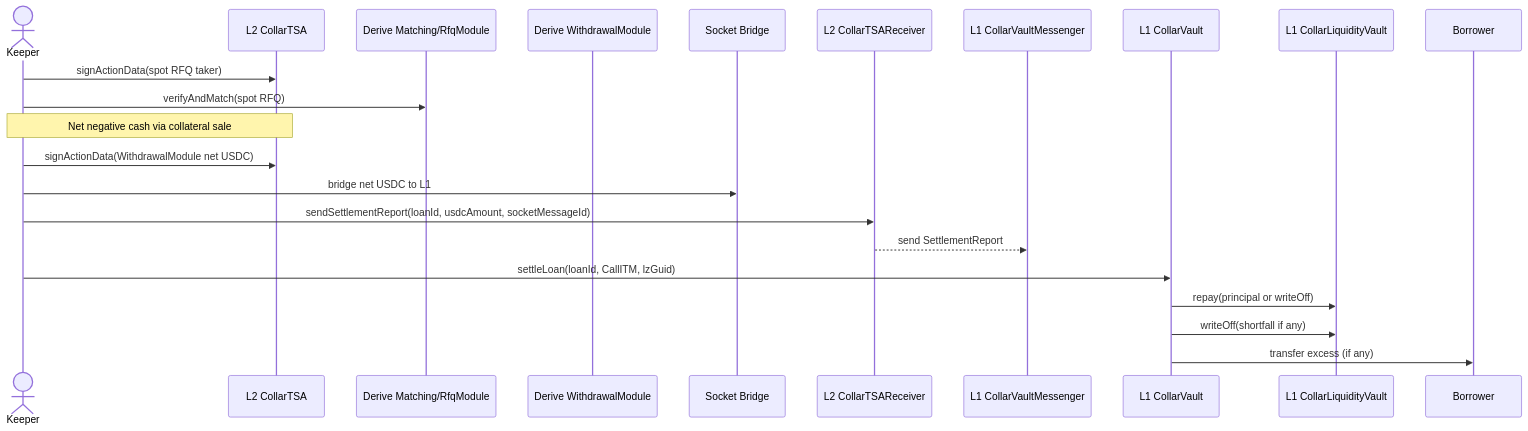
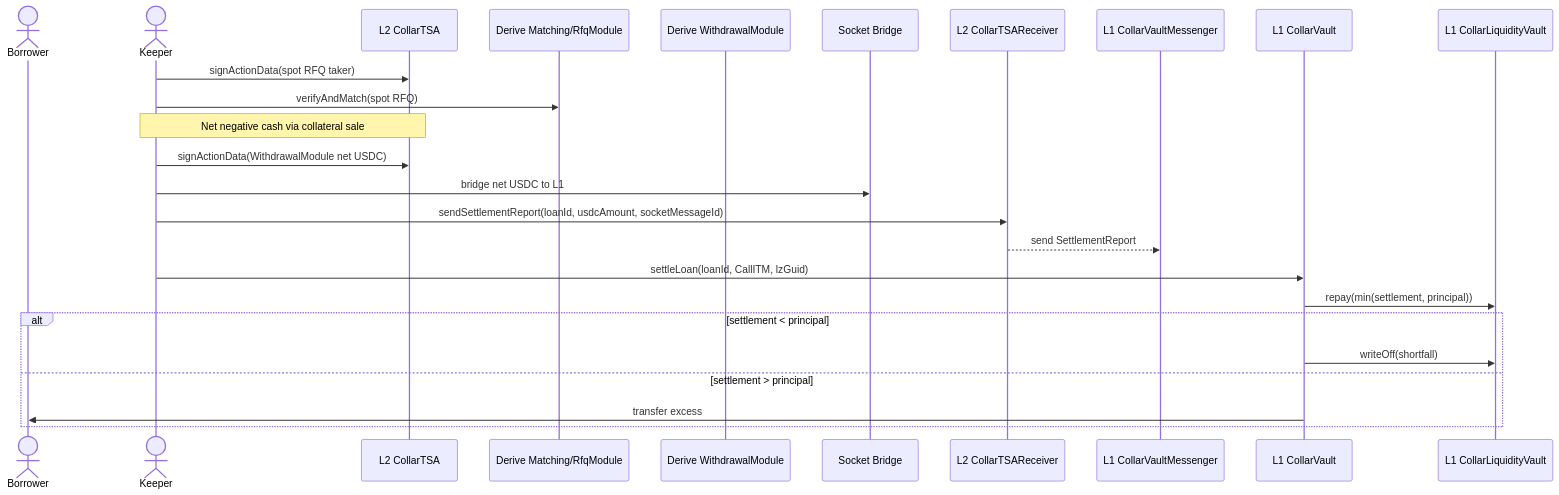
One commit to valo/musical-bassoon changed the fifth of 5 diagrams in docs/SPEC.md. Above: the diagram before and after it, drawn with Mermaid. The commit also changed other lines of this file and 2 other files, not shown here.

First line of the commit message:
Handle shortfall during loan settlement in the Put-ITM case

````diff
--- a/docs/SPEC.md
+++ b/docs/SPEC.md
@@ -273,24 +277,28 @@
 ```mermaid
 sequenceDiagram
+  actor Borrower
   actor Keeper
   participant TSA as L2 CollarTSA
   participant Match as Derive Matching/RfqModule
   participant Withdraw as Derive WithdrawalModule
   participant Socket as Socket Bridge
   participant L2Recv as L2 CollarTSAReceiver
   participant LZ as L1 CollarVaultMessenger
   participant Vault as L1 CollarVault
   participant Liquidity as L1 CollarLiquidityVault
 
   Keeper->>TSA: signActionData(spot RFQ taker)
   Keeper->>Match: verifyAndMatch(spot RFQ)
   Note over Keeper,TSA: Net negative cash via collateral sale
   Keeper->>TSA: signActionData(WithdrawalModule net USDC)
   Keeper->>Socket: bridge net USDC to L1
   Keeper->>L2Recv: sendSettlementReport(loanId, usdcAmount, socketMessageId)
   L2Recv-->>LZ: send SettlementReport
   Keeper->>Vault: settleLoan(loanId, CallITM, lzGuid)
-  Vault->>Liquidity: repay(principal or writeOff)
-  Vault->>Liquidity: writeOff(shortfall if any)
-  Vault->>Borrower: transfer excess (if any)
+  Vault->>Liquidity: repay(min(settlement, principal))
+  alt settlement < principal
+    Vault->>Liquidity: writeOff(shortfall)
+  else settlement > principal
+    Vault->>Borrower: transfer excess
+  end
 ```
````
